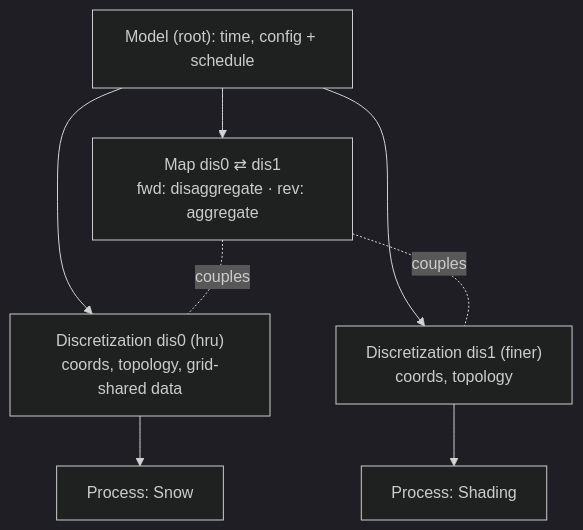
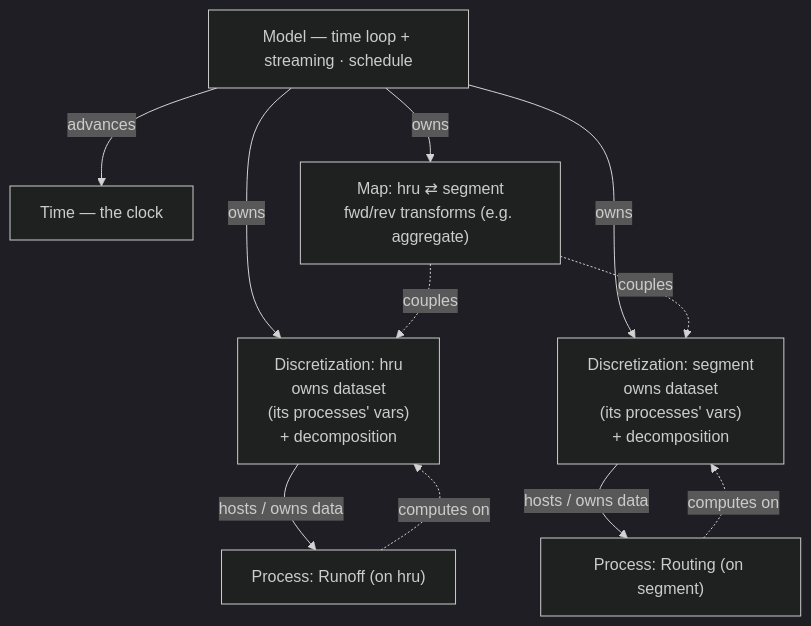
One commit to jmccreight/pws_phoenix changed the diagram in CLAUDE.md. Above: the diagram before and after it, drawn with Mermaid (dark theme). The commit also changed other lines of this file, not shown here.

````diff
--- a/CLAUDE.md
+++ b/CLAUDE.md
@@ -299,11 +272,21 @@
 ```mermaid
 graph TD
-    Model["Model (root): time, config + schedule"]
-    Model --> D0["Discretization dis0 (hru)<br/>coords, topology, grid-shared data"]
-    Model --> D1["Discretization dis1 (finer)<br/>coords, topology"]
-    Model --> Map["Map dis0 ⇄ dis1<br/>fwd: disaggregate · rev: aggregate"]
-    D0 --> Snow["Process: Snow"]
-    D1 --> Shade["Process: Shading"]
-    Map -. couples .- D0
-    Map -. couples .- D1
+    Model["Model — time loop + streaming · schedule"]
+    Time["Time — the clock"]
+    D1["Discretization: hru<br/>owns dataset <br/>(its processes' vars) <br/>+ decomposition"]
+    D2["Discretization: segment<br/>owns dataset <br/>(its processes' vars) <br/>+ decomposition"]
+    Map["Map: hru ⇄ segment<br/>fwd/rev transforms (e.g. aggregate)"]
+    P1["Process: Runoff (on hru)"]
+    P2["Process: Routing (on segment)"]
+
+    Model -->|advances| Time
+    Model -->|owns| D1
+    Model -->|owns| D2
+    Model -->|owns| Map
+    D1 -->|hosts / owns data| P1
+    D2 -->|hosts / owns data| P2
+    P1 -.->|computes on| D1
+    P2 -.->|computes on| D2
+    Map -.->|couples| D1
+    Map -.->|couples| D2
 ```
````
